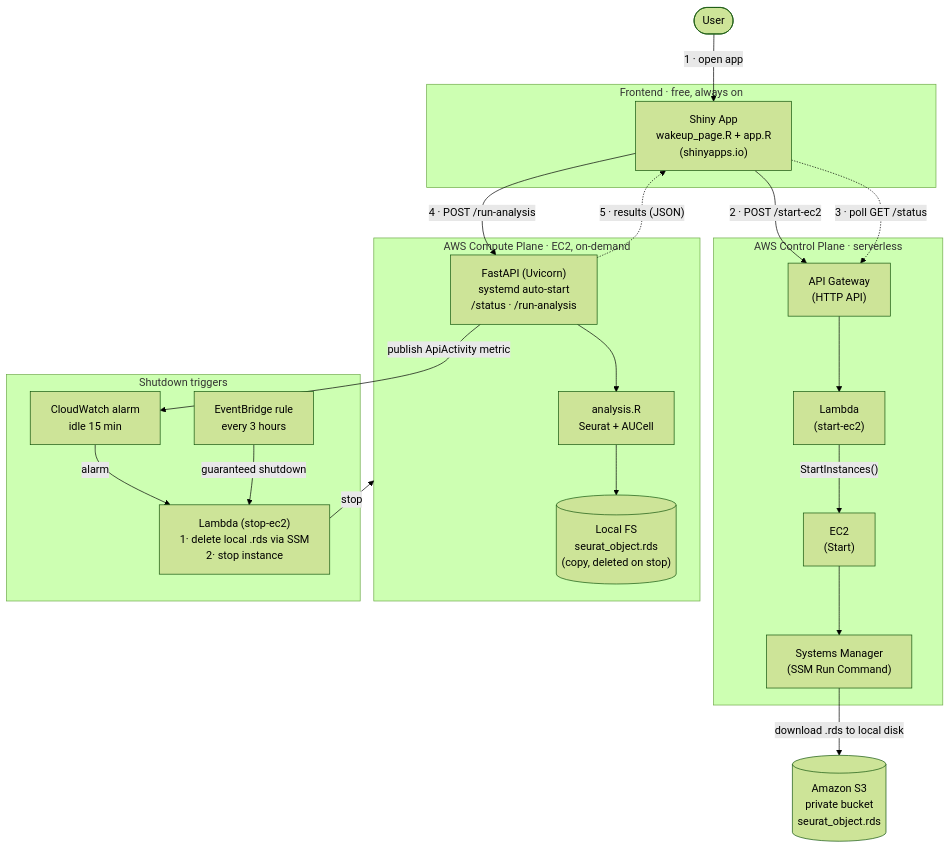
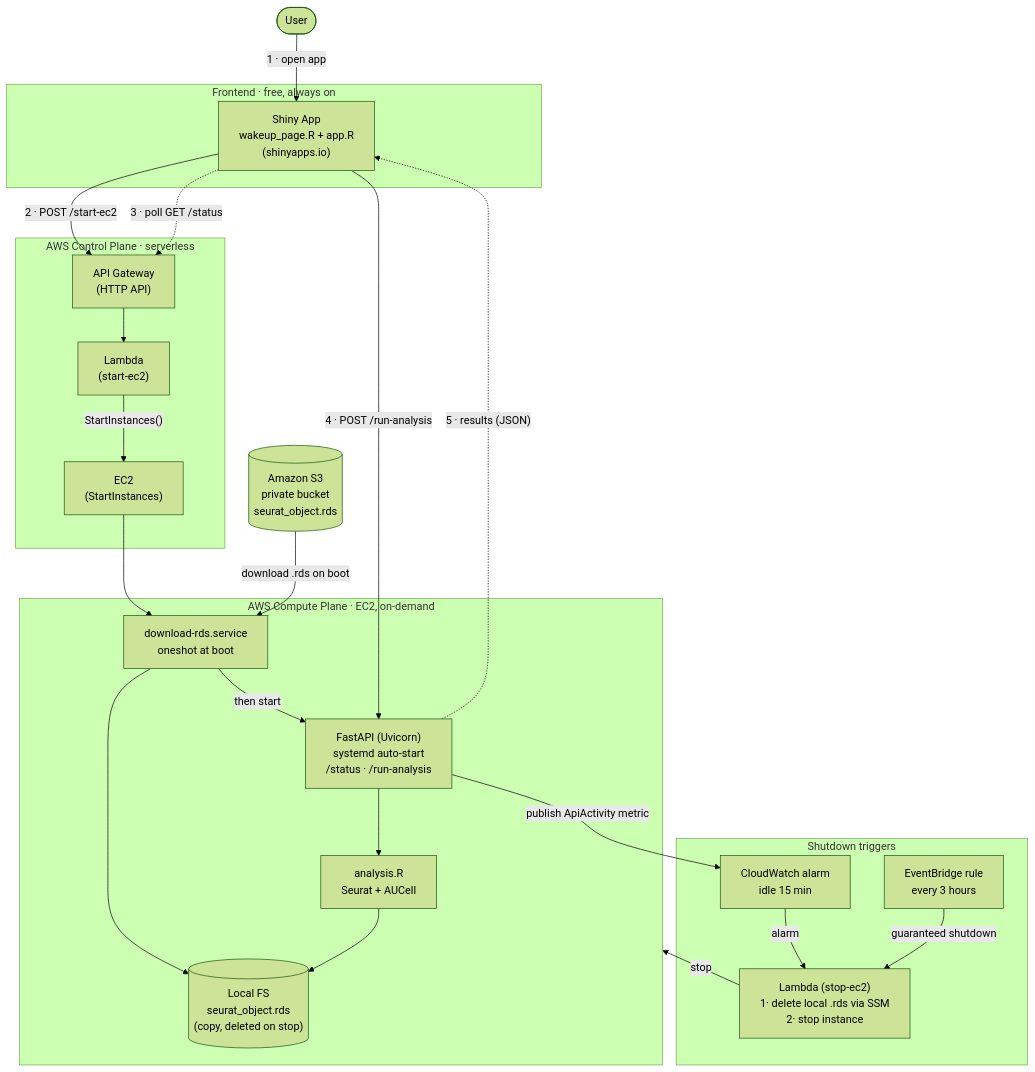
Before and after one commit to tyronchang1/nrp-snrna-seq-web-tool: the diagram in README.md, drawn with Mermaid (forest theme). The commit also changed other lines of this file and 5 other files, not shown here.

````diff
--- a/README.md
+++ b/README.md
@@ -21,40 +21,41 @@
 ```mermaid
 flowchart TD
     visitor([User])
 
     subgraph free["Frontend · free, always on"]
         wakeup["Shiny App<br/>wakeup_page.R + app.R<br/>(shinyapps.io)"]
     end
 
     subgraph control["AWS Control Plane · serverless"]
         apigw["API Gateway<br/>(HTTP API)"]
         startL["Lambda<br/>(start-ec2)"]
-        ec2start["EC2<br/>(Start)"]
-        ssm["Systems Manager<br/>(SSM Run Command)"]
+        ec2start["EC2<br/>(StartInstances)"]
     end
 
     subgraph compute["AWS Compute Plane · EC2, on-demand"]
+        dl["download-rds.service<br/>oneshot at boot"]
         fastapi["FastAPI (Uvicorn)<br/>systemd auto-start<br/>/status · /run-analysis"]
         analysis["analysis.R<br/>Seurat + AUCell"]
         localrds[("Local FS<br/>seurat_object.rds<br/>(copy, deleted on stop)")]
     end
 
     subgraph shutdown["Shutdown triggers"]
         cw["CloudWatch alarm<br/>idle 15 min"]
         eventbridge["EventBridge rule<br/>every 3 hours"]
         stopL["Lambda (stop-ec2)<br/>1· delete local .rds via SSM<br/>2· stop instance"]
     end
 
     s3[("Amazon S3<br/>private bucket<br/>seurat_object.rds")]
 
     visitor -->|"1 · open app"| wakeup
-    wakeup -->|"2 · POST /start-ec2"| apigw --> startL -->|"StartInstances()"| ec2start --> ssm
-    ssm -->|"download .rds to local disk"| s3
+    wakeup -->|"2 · POST /start-ec2"| apigw --> startL -->|"StartInstances()"| ec2start --> dl
+    s3 -->|"download .rds on boot"| dl --> localrds
+    dl -->|"then start"| fastapi
     wakeup -.->|"3 · poll GET /status"| apigw
     wakeup -->|"4 · POST /run-analysis"| fastapi --> analysis --> localrds
     fastapi -.->|"5 · results (JSON)"| wakeup
     fastapi -->|"publish ApiActivity metric"| cw
     cw -->|"alarm"| stopL
     eventbridge -->|"guaranteed shutdown"| stopL
     stopL -->|"stop"| compute
 ```
````
